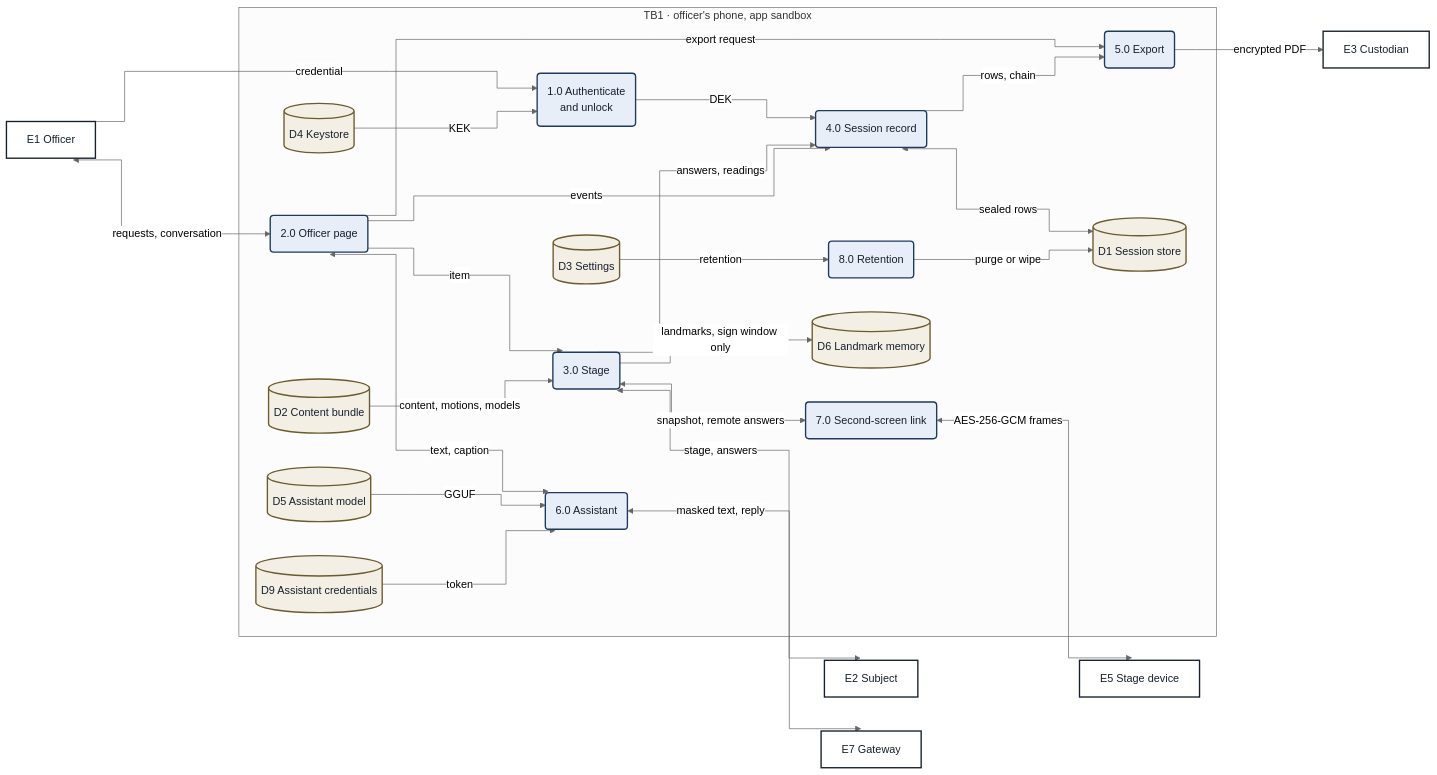
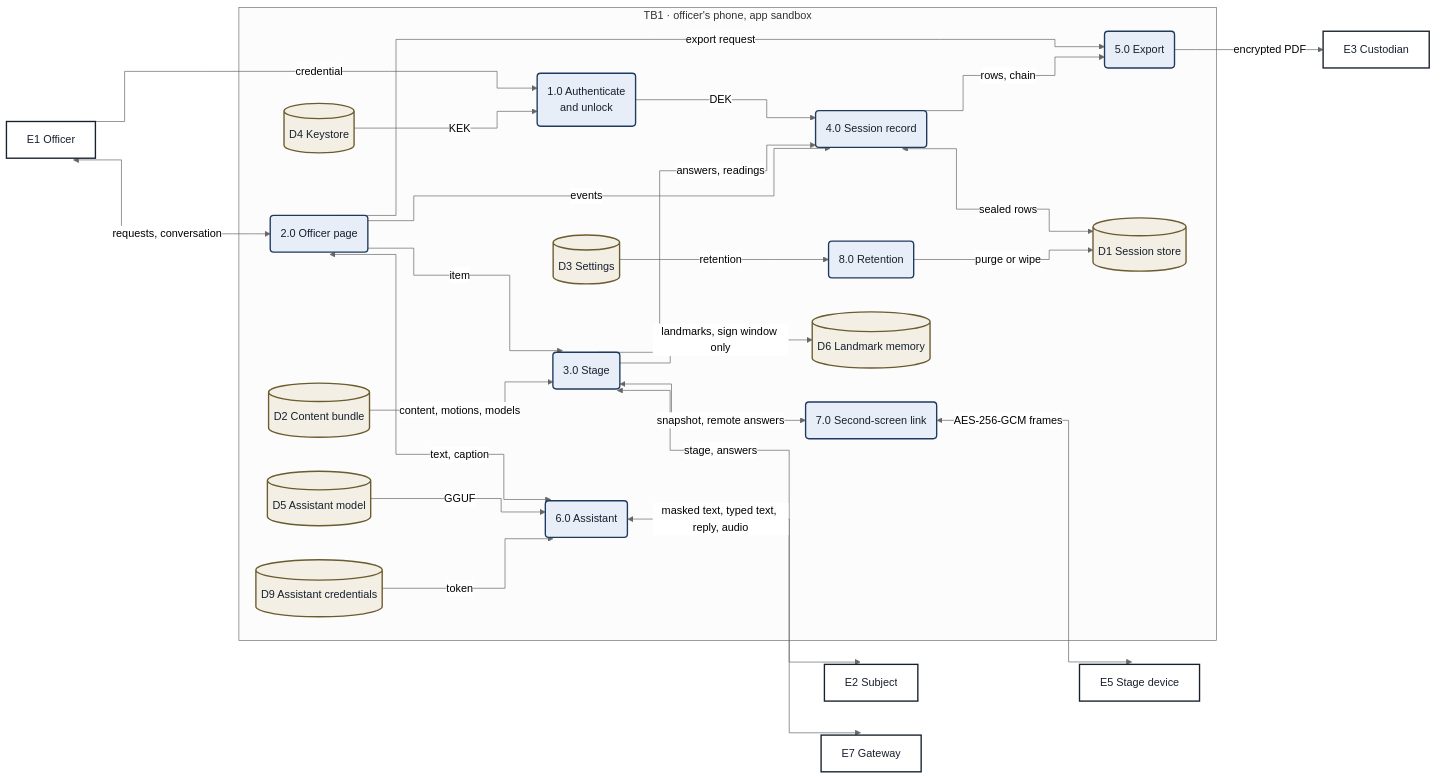
One commit to Yash-Awasthi/sign-setu changed the third of 3 diagrams in docs/README.md. Above: the diagram before and after it, drawn with Mermaid (neutral theme). The commit also changed other lines of this file and 199 other files, not shown here.

````diff
--- a/docs/README.md
+++ b/docs/README.md
@@ -138,51 +136,51 @@
 ```mermaid
 %%{init: {"flowchart": {"curve": "step"}}}%%
 flowchart LR
     subgraph TB1["TB1 · officer's phone, app sandbox"]
         P1("1.0 Authenticate<br/>and unlock"):::proc
         P2("2.0 Officer page"):::proc
         P3("3.0 Stage"):::proc
         P4("4.0 Session record"):::proc
         P5("5.0 Export"):::proc
         P6("6.0 Assistant"):::proc
         P7("7.0 Second-screen link"):::proc
         P8("8.0 Retention"):::proc
         D1[("D1 Session store")]:::store
         D2[("D2 Content bundle")]:::store
         D3[("D3 Settings")]:::store
         D4[("D4 Keystore")]:::store
         D5[("D5 Assistant model")]:::store
         D6[("D6 Landmark memory")]:::store
         D9[("D9 Assistant credentials")]:::store
     end
     E1["E1 Officer"]:::ent
     E2["E2 Subject"]:::ent
     E5["E5 Stage device"]:::ent
     E7["E7 Gateway"]:::ent
     E3["E3 Custodian"]:::ent
     E1 -- "credential" --> P1
     D4 -- "KEK" --> P1
     P1 -- "DEK" --> P4
     E1 <-- "requests, conversation" --> P2
     P2 -- "item" --> P3
     D2 -- "content, motions, models" --> P3
     P3 <-- "stage, answers" --> E2
     P3 -- "landmarks, sign window only" --> D6
     P3 -- "answers, readings" --> P4
     P2 -- "events" --> P4
     P4 <-- "sealed rows" --> D1
     P2 <-- "text, caption" --> P6
     D5 -- "GGUF" --> P6
     D9 -- "token" --> P6
-    P6 <-- "masked text, reply" --> E7
+    P6 <-- "masked text, typed text, reply, audio" --> E7
     P3 <-- "snapshot, remote answers" --> P7
     P7 <-- "AES-256-GCM frames" --> E5
     P2 -- "export request" --> P5
     P4 -- "rows, chain" --> P5
     P5 -- "encrypted PDF" --> E3
     D3 -- "retention" --> P8
     P8 -- "purge or wipe" --> D1
     classDef ent fill:#ffffff,stroke:#16202e,stroke-width:2px,color:#16202e
     classDef proc fill:#e8eef7,stroke:#1f3a5f,stroke-width:2px,color:#16202e
     classDef store fill:#f3efe4,stroke:#6b5b2e,stroke-width:2px,color:#16202e
 ```
````
